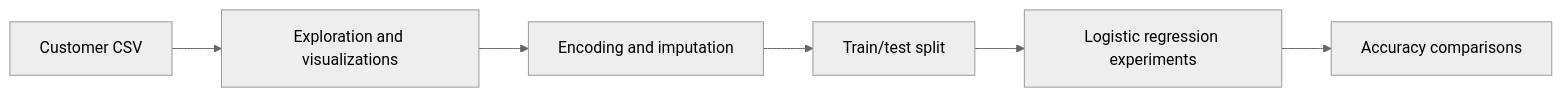
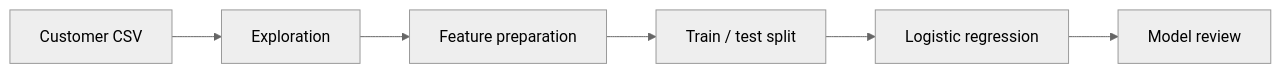
One commit to aneeshreddy2304/Churn-Prediction changed the diagram in README.md. Above: the diagram before and after it, drawn with Mermaid (neutral theme). The commit also changed other lines of this file and 5 other files, not shown here.

````diff
--- a/README.md
+++ b/README.md
@@ -15,8 +24,8 @@
 ```mermaid
 flowchart LR
-    CSV[Customer CSV] --> EDA[Exploration and visualizations]
-    EDA --> PRE[Encoding and imputation]
-    PRE --> SPLIT[Train/test split]
-    SPLIT --> MODEL[Logistic regression experiments]
-    MODEL --> METRICS[Accuracy comparisons]
+  A[Customer CSV] --> B[Exploration]
+  B --> C[Feature preparation]
+  C --> D[Train / test split]
+  D --> E[Logistic regression]
+  E --> F[Model review]
 ```
````
